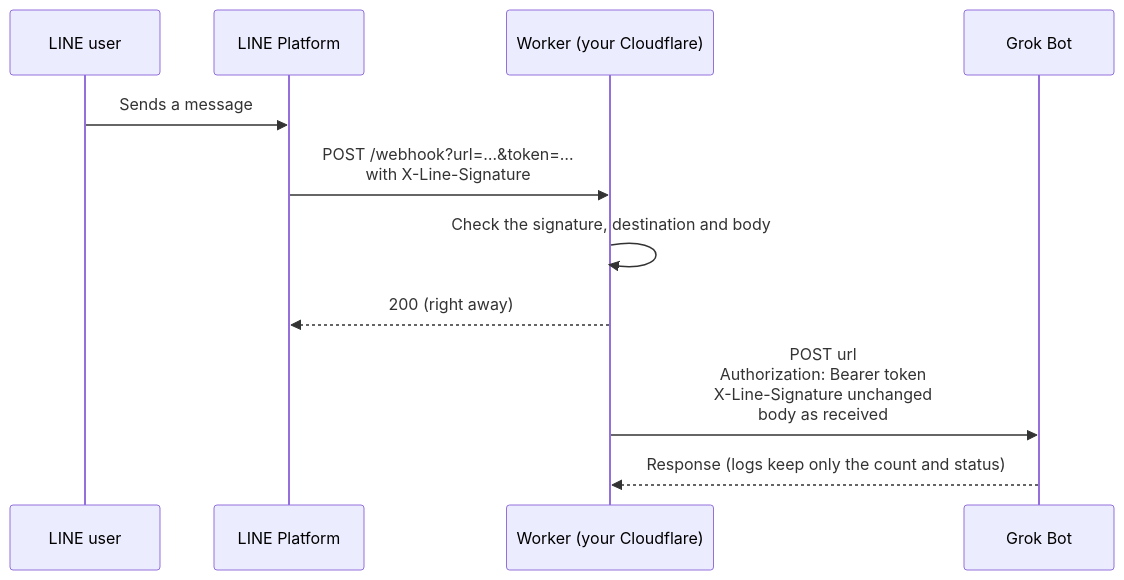
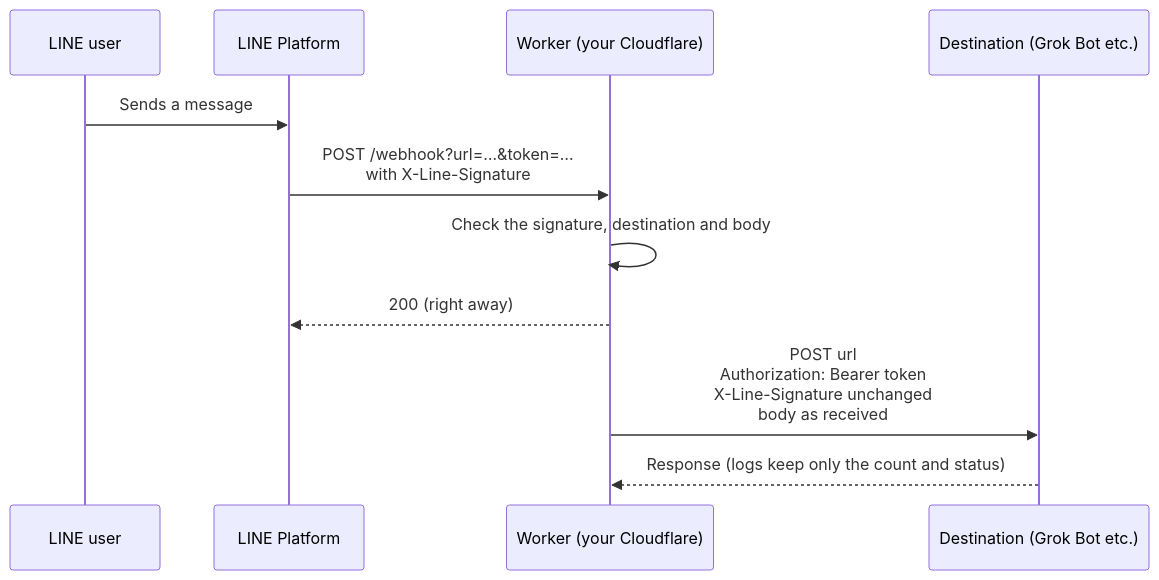
The first of 2 diagrams in README.en.md (cloud-position/grok-bot-line-relay), drawn with Mermaid before and after one commit. The commit also changed other lines of this file and 4 other files, not shown here.

````diff
--- a/README.en.md
+++ b/README.en.md
@@ -125,14 +125,14 @@
 ```mermaid
 sequenceDiagram
     participant U as LINE user
     participant L as LINE Platform
     participant W as Worker (your Cloudflare)
-    participant G as Grok Bot
+    participant G as Destination (Grok Bot etc.)
 
     U->>L: Sends a message
     L->>W: POST /webhook?url=…&token=…<br/>with X-Line-Signature
     W->>W: Check the signature, destination and body
     W-->>L: 200 (right away)
     W->>G: POST url<br/>Authorization: Bearer token<br/>X-Line-Signature unchanged<br/>body as received
     G-->>W: Response (logs keep only the count and status)
 ```
````
